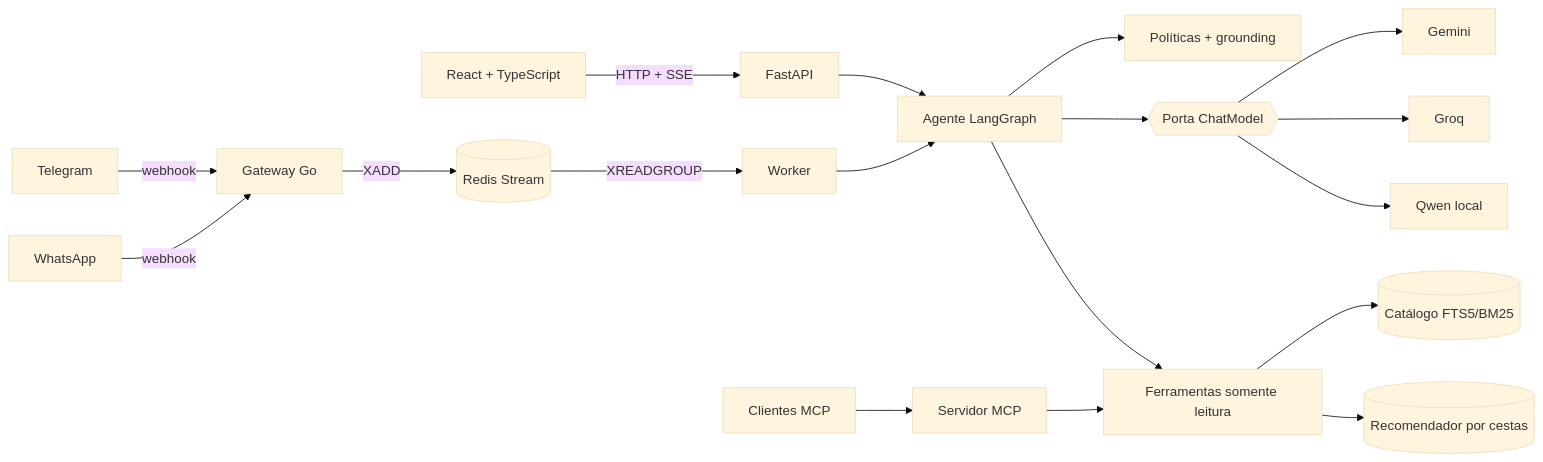
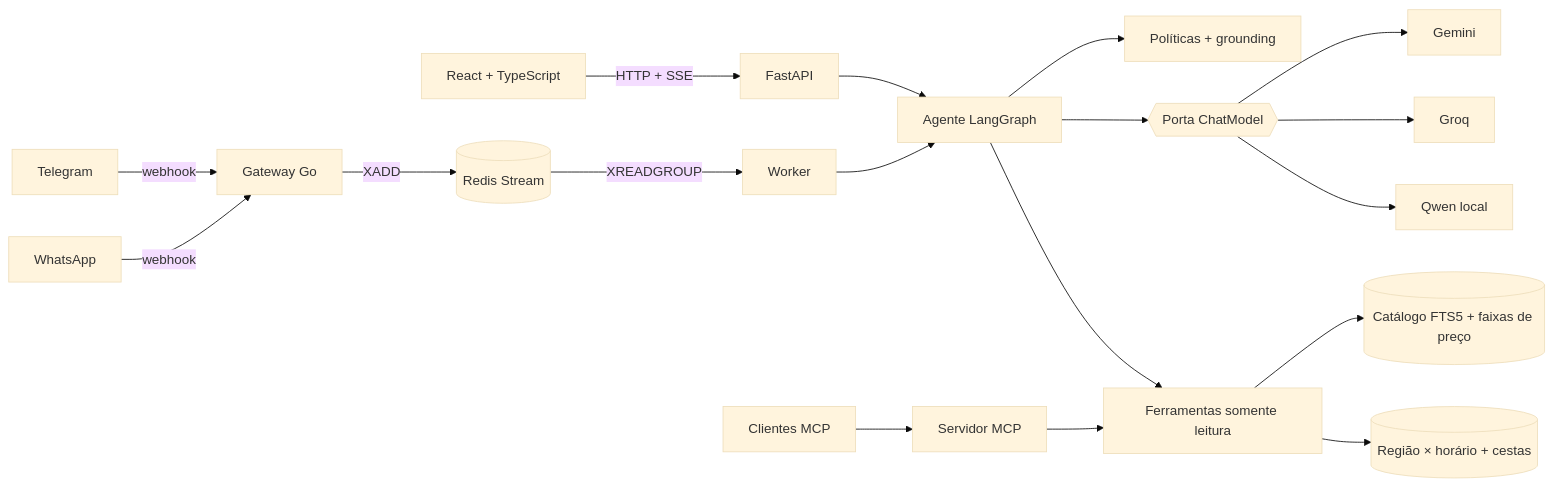
One commit to luccaamp/mesa-food-discovery-agent changed the diagram in README.md. Above: the diagram before and after it, drawn with Mermaid (base theme). The commit also changed other lines of this file and 12 other files, not shown here.

````diff
--- a/README.md
+++ b/README.md
@@ -114,17 +106,17 @@
 ```mermaid
 flowchart LR
   WEB[React + TypeScript] -->|HTTP + SSE| API[FastAPI]
   TG[Telegram] -->|webhook| GW[Gateway Go]
   WA[WhatsApp] -->|webhook| GW
   GW -->|XADD| Q[(Redis Stream)]
   Q -->|XREADGROUP| WK[Worker]
   MCPC[Clientes MCP] --> MCP[Servidor MCP]
   API --> AG[Agente LangGraph]
   WK --> AG
   AG --> POL[Políticas + grounding]
   AG --> PORT{{Porta ChatModel}}
   PORT --> GEM[Gemini] & GROQ[Groq] & QWEN[Qwen local]
   AG --> TOOLS[Ferramentas somente leitura]
   MCP --> TOOLS
-  TOOLS --> CAT[(Catálogo FTS5/BM25)] & REC[(Recomendador por cestas)]
+  TOOLS --> CAT[(Catálogo FTS5 + faixas de preço)] & REC[(Região × horário + cestas)]
 ```
````
